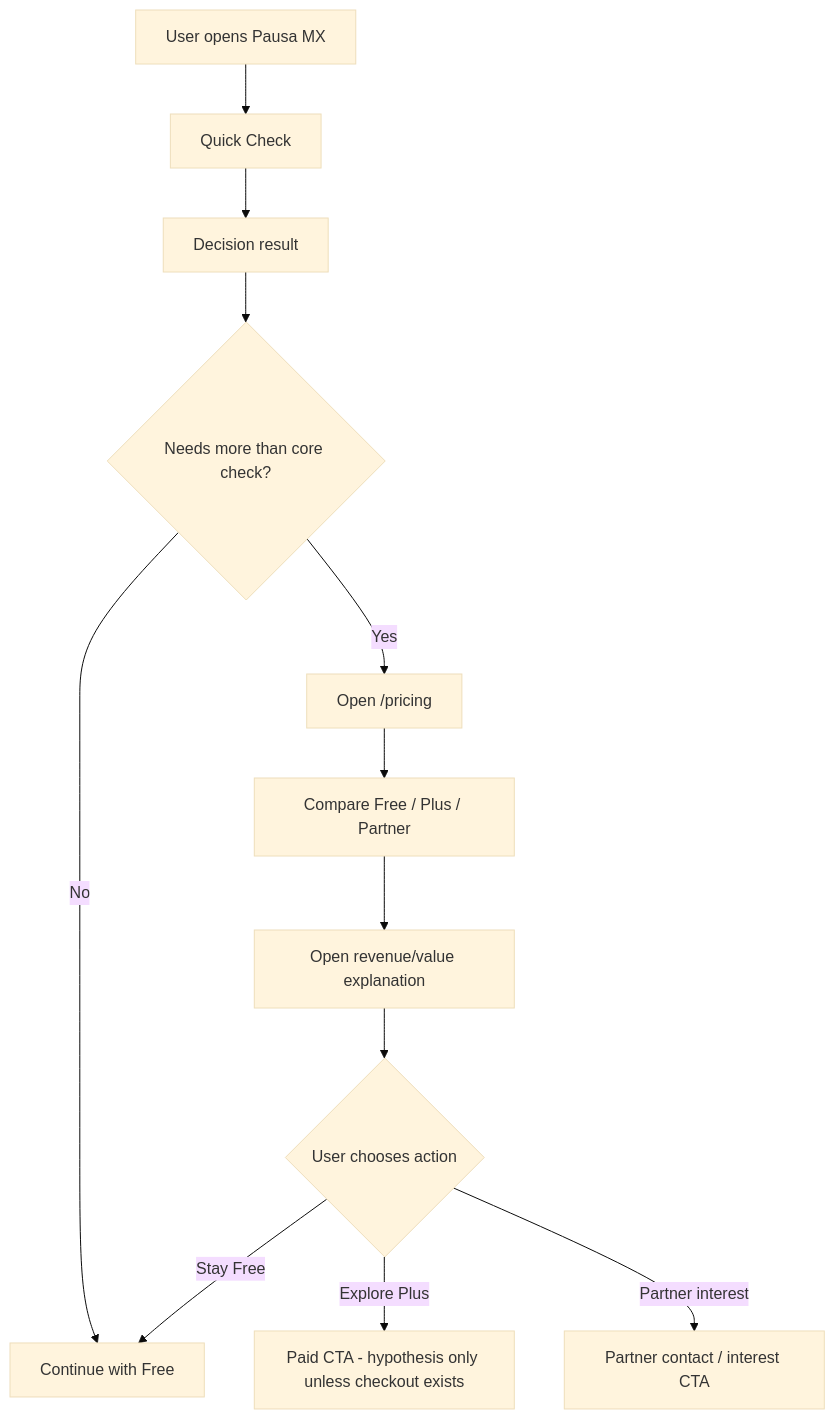
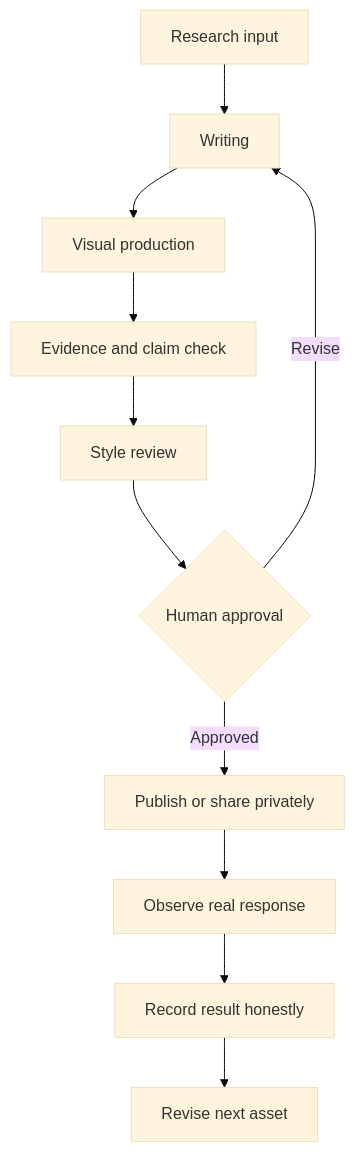
The first of 2 diagrams in docs/PACKET.md (diegoglbuilds/w14-pausa-mx), drawn with Mermaid (base theme) before and after one commit. The commit also changed other lines of this file, not shown here.

````diff
--- a/docs/PACKET.md
+++ b/docs/PACKET.md
@@ -79,14 +131,13 @@
 ```mermaid
 flowchart TD
-    A[User opens Pausa MX] --> B[Quick Check]
-    B --> C[Decision result]
-    C --> D{Needs more than core check?}
-    D -- No --> E[Continue with Free]
-    D -- Yes --> F[Open /pricing]
-    F --> G[Compare Free / Plus / Partner]
-    G --> H[Open revenue/value explanation]
-    H --> I{User chooses action}
-    I -- Stay Free --> E
-    I -- Explore Plus --> J[Paid CTA - hypothesis only unless checkout exists]
-    I -- Partner interest --> K[Partner contact / interest CTA]
+    A[Research input] --> B[Writing]
+    B --> C[Visual production]
+    C --> D[Evidence and claim check]
+    D --> E[Style review]
+    E --> F{Human approval}
+    F -- Revise --> B
+    F -- Approved --> G[Publish or share privately]
+    G --> H[Observe real response]
+    H --> I[Record result honestly]
+    I --> J[Revise next asset]
 ```
````
